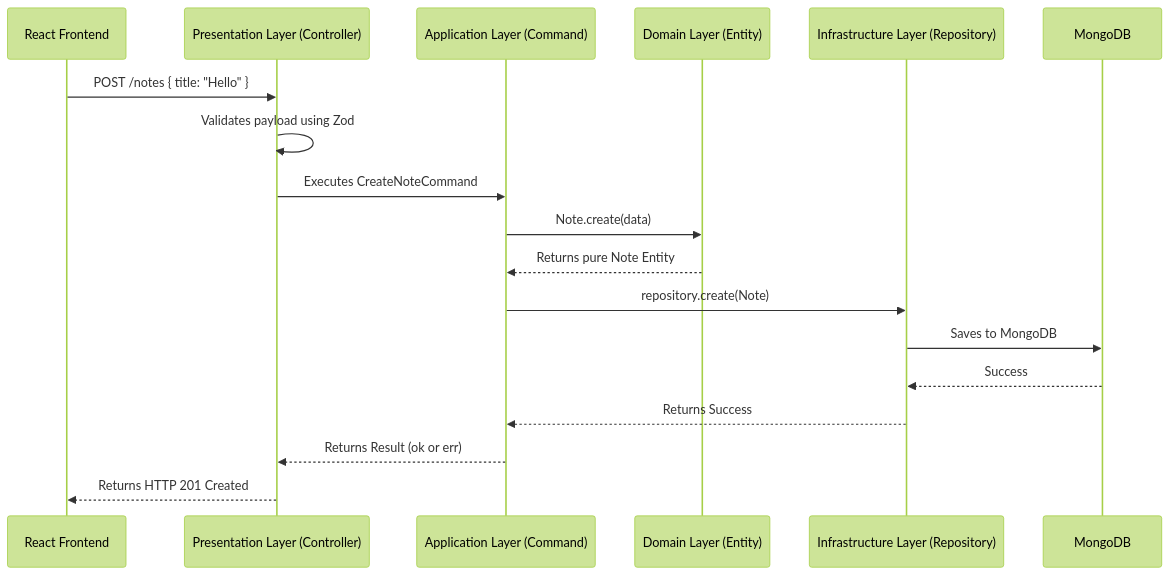
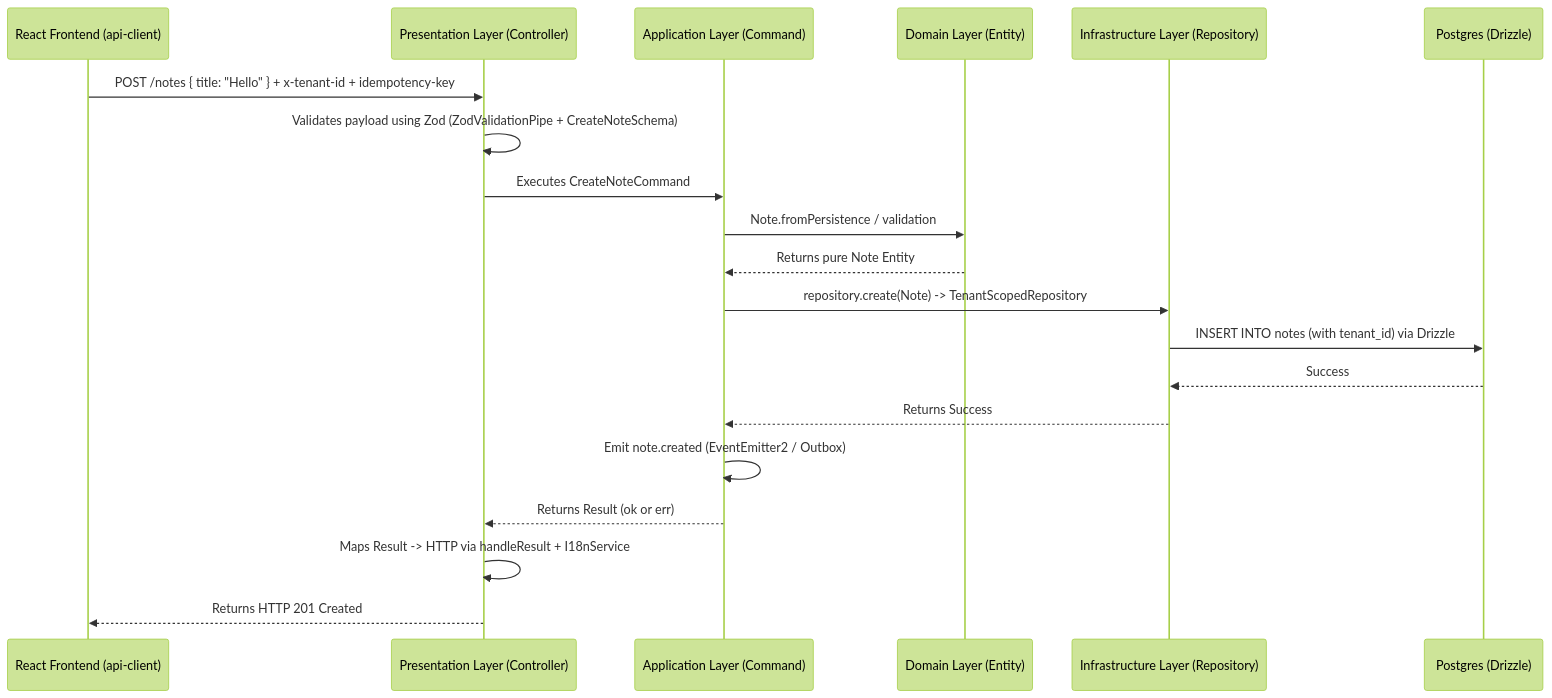
Before and after one commit to ihssmaheel-dev/modular-monolith-architecture: the second of 2 diagrams in ARCHITECTURE_DEEP_DIVE.md, drawn with Mermaid (forest theme). The commit also changed other lines of this file and 13 other files, not shown here.

First line of the commit message:
fix(architecture): harden tenancy isolation, validation and quality gates

````diff
--- a/ARCHITECTURE_DEEP_DIVE.md
+++ b/ARCHITECTURE_DEEP_DIVE.md
@@ -91,21 +98,23 @@
 ```mermaid
 sequenceDiagram
-    participant User as React Frontend
+    participant User as React Frontend (api-client)
     participant C as Presentation Layer (Controller)
     participant A as Application Layer (Command)
     participant D as Domain Layer (Entity)
     participant I as Infrastructure Layer (Repository)
-    participant DB as MongoDB
+    participant DB as Postgres (Drizzle)
 
-    User->>C: POST /notes { title: "Hello" }
-    C->>C: Validates payload using Zod
+    User->>C: POST /notes { title: "Hello" } + x-tenant-id + idempotency-key
+    C->>C: Validates payload using Zod (ZodValidationPipe + CreateNoteSchema)
     C->>A: Executes CreateNoteCommand
-    A->>D: Note.create(data)
+    A->>D: Note.fromPersistence / validation
     D-->>A: Returns pure Note Entity
-    A->>I: repository.create(Note)
-    I->>DB: Saves to MongoDB
+    A->>I: repository.create(Note) -> TenantScopedRepository
+    I->>DB: INSERT INTO notes (with tenant_id) via Drizzle
     DB-->>I: Success
     I-->>A: Returns Success
+    A->>A: Emit note.created (EventEmitter2 / Outbox)
     A-->>C: Returns Result (ok or err)
+    C->>C: Maps Result -> HTTP via handleResult + I18nService
     C-->>User: Returns HTTP 201 Created
 ```
````
